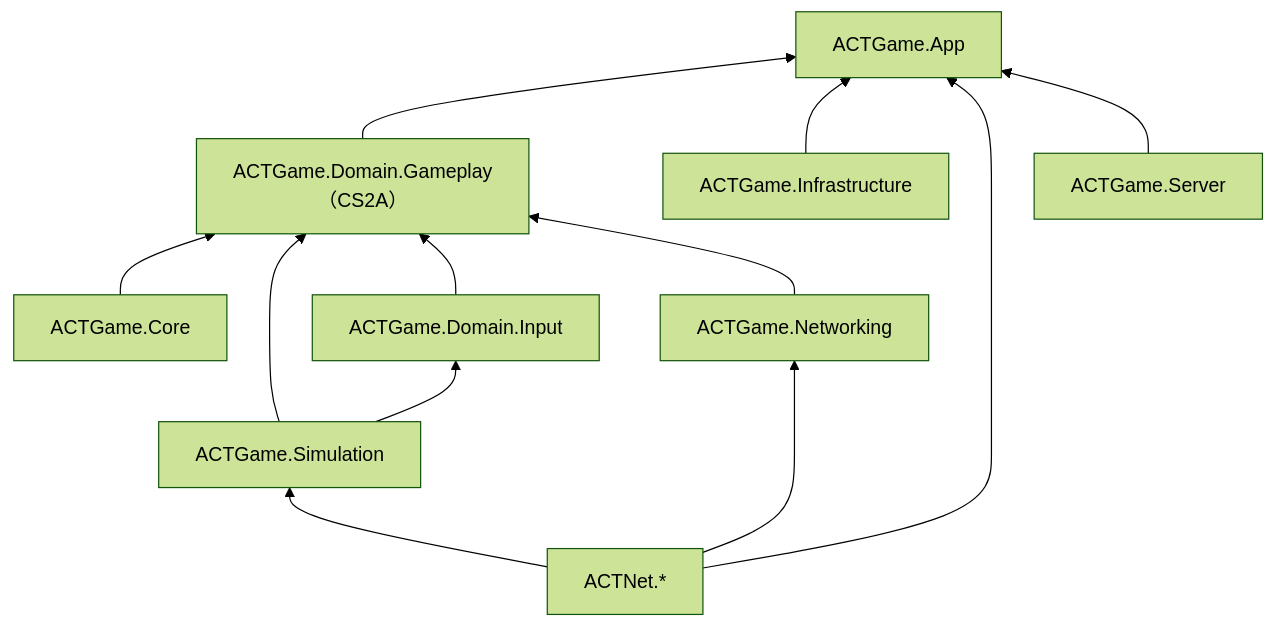
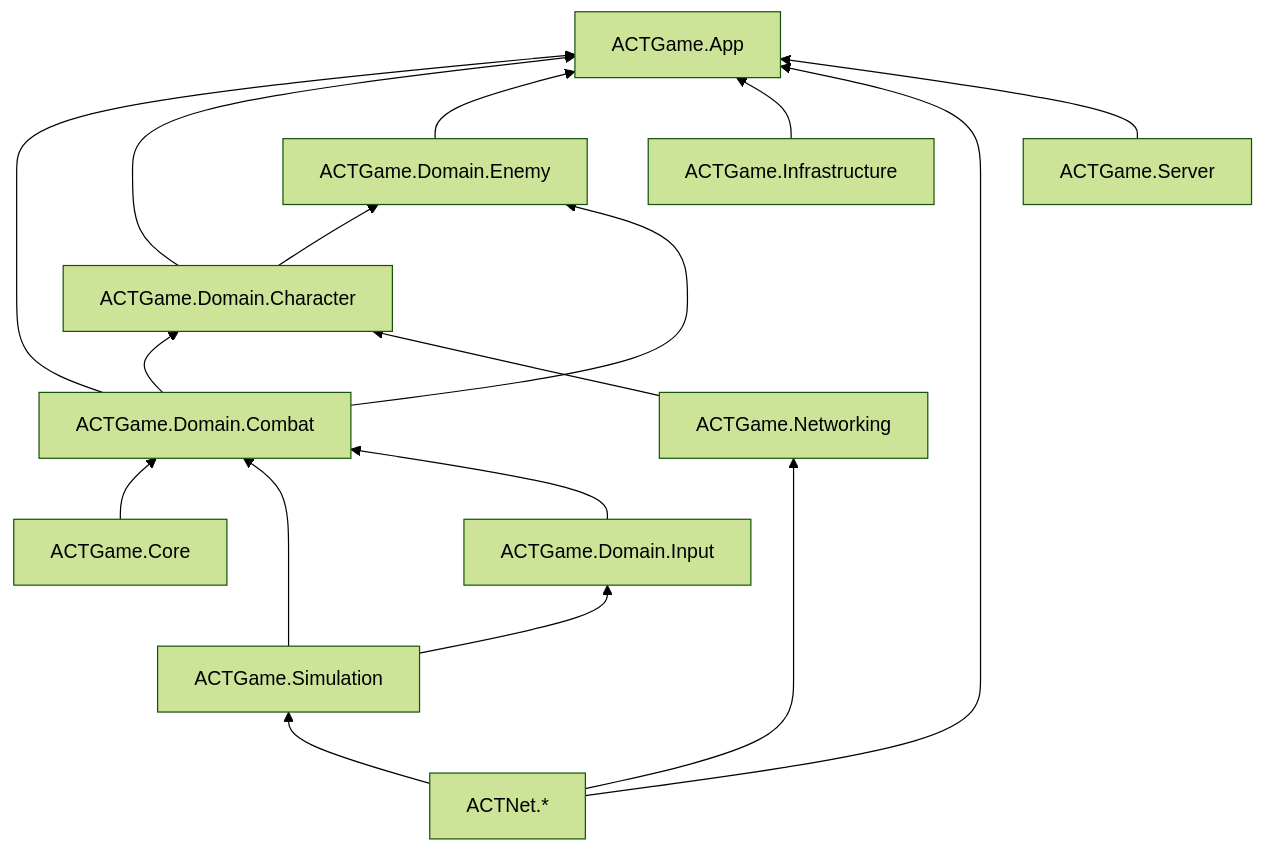
The diagram in .cursor/skills/actgame-architecture/ARCHITECTURE.md (diosamacao/DiavoloGame), drawn with Mermaid (forest theme) before and after one commit. The commit also changed other lines of this file and 185 other files, not shown here.

````diff
--- a/.cursor/skills/actgame-architecture/ARCHITECTURE.md
+++ b/.cursor/skills/actgame-architecture/ARCHITECTURE.md
@@ -63,14 +67,19 @@
 ```mermaid
 flowchart BT
     ACTNet["ACTNet.*"] --> Simulation["ACTGame.Simulation"]
     ACTNet --> Networking["ACTGame.Networking"]
-    Core["ACTGame.Core"] --> Gameplay["ACTGame.Domain.Gameplay（CS2A）"]
+    Core["ACTGame.Core"] --> Combat["ACTGame.Domain.Combat"]
     Simulation --> Input["ACTGame.Domain.Input"]
-    Simulation --> Gameplay
-    Input --> Gameplay
-    Networking --> Gameplay
-    Gameplay --> App["ACTGame.App"]
+    Simulation --> Combat
+    Input --> Combat
+    Combat --> Character["ACTGame.Domain.Character"]
+    Networking --> Character
+    Character --> Enemy["ACTGame.Domain.Enemy"]
+    Combat --> Enemy
+    Combat --> App["ACTGame.App"]
+    Character --> App
+    Enemy --> App
     Infrastructure["ACTGame.Infrastructure"] --> App
     ACTNet --> App
     Server["ACTGame.Server"] --> App
 ```
````
